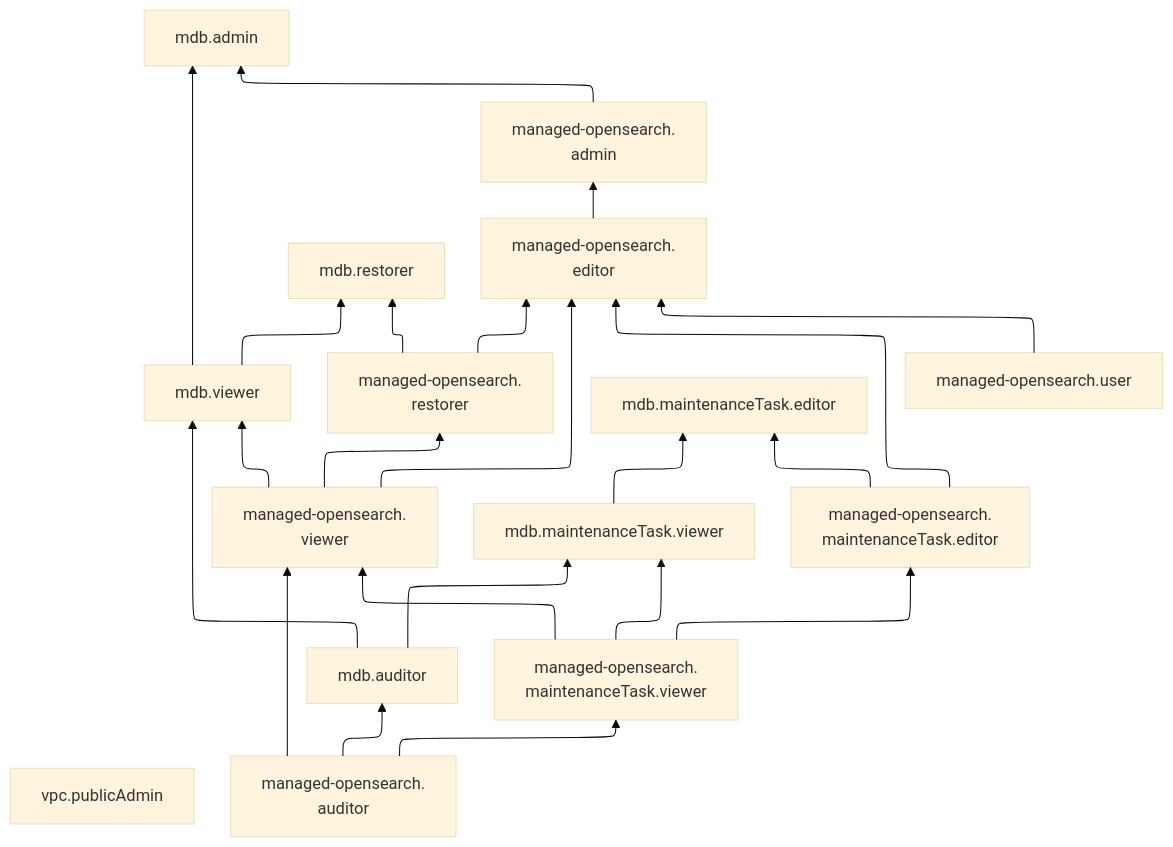
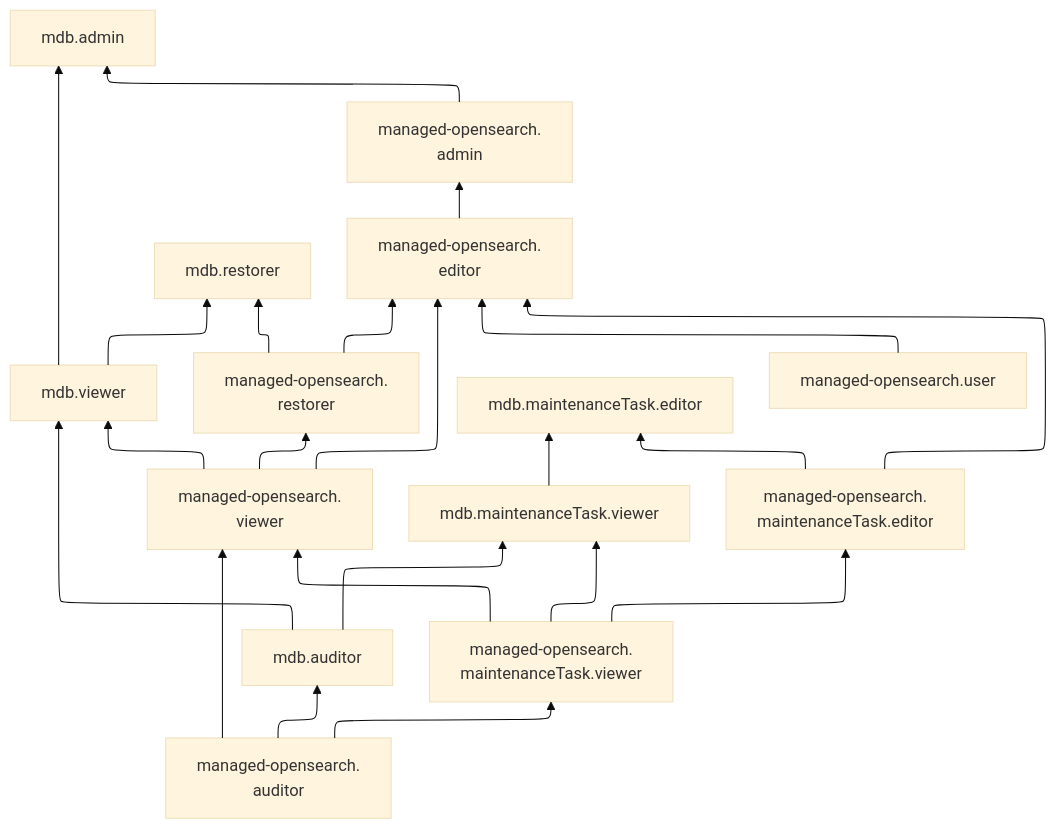
The diagram in md-docs/managed-opensearch/security/index.md (yandex-cloud/docs), drawn with Mermaid (base theme) before and after one commit. The commit also changed 532 other files, not shown here.

````diff
--- a/md-docs/managed-opensearch/security/index.md
+++ b/md-docs/managed-opensearch/security/index.md
@@ -41,39 +41,39 @@
 ```mermaid
-%%{
-  init: {
-    "flowchart": { "defaultRenderer": "elk" },
-    "elk": { "nodePlacementStrategy": "NETWORK_SIMPLEX" }
-  }
-}%%
+---
+config:
+  flowchart:
+    defaultRenderer: elk
+  elk:
+    nodePlacementStrategy: NETWORK_SIMPLEX
+---
 flowchart BT
-    vpc.publicAdmin
     mdb.viewer --> mdb.restorer
     managed-opensearch.viewer --> managed-opensearch.restorer
     managed-opensearch.restorer["`managed-opensearch.
     restorer`"] --> managed-opensearch.editor
     mdb.auditor --> mdb.maintenanceTask.viewer
     mdb.maintenanceTask.viewer --> mdb.maintenanceTask.editor
     managed-opensearch.maintenanceTask.viewer --> mdb.maintenanceTask.viewer
     managed-opensearch.maintenanceTask.editor["`managed-opensearch.
     maintenanceTask.editor`"] --> managed-opensearch.editor
     managed-opensearch.maintenanceTask.viewer["`managed-opensearch.
     maintenanceTask.viewer`"] --> managed-opensearch.viewer
     managed-opensearch.maintenanceTask.viewer --> managed-opensearch.maintenanceTask.editor
     managed-opensearch.maintenanceTask.editor --> mdb.maintenanceTask.editor
     managed-opensearch.viewer --> managed-opensearch.editor
     managed-opensearch.auditor --> managed-opensearch.maintenanceTask.viewer
     mdb.auditor --> mdb.viewer
     managed-opensearch.viewer["`managed-opensearch.
     viewer`"] --> mdb.viewer
     managed-opensearch.auditor["`managed-opensearch.
     auditor`"] --> mdb.auditor
     managed-opensearch.auditor["`managed-opensearch.
     auditor`"] --> managed-opensearch.viewer
     managed-opensearch.editor["`managed-opensearch.
     editor`"] --> managed-opensearch.admin
     managed-opensearch.restorer --> mdb.restorer
     managed-opensearch.user --> managed-opensearch.editor
     managed-opensearch.admin["`managed-opensearch.
     admin`"] --> mdb.admin
     mdb.viewer --> mdb.admin
 ```
````
